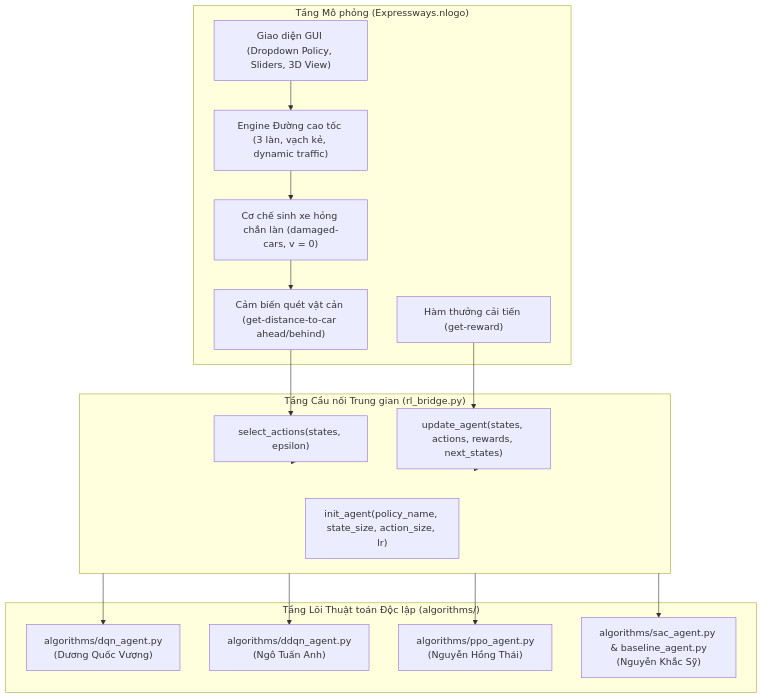
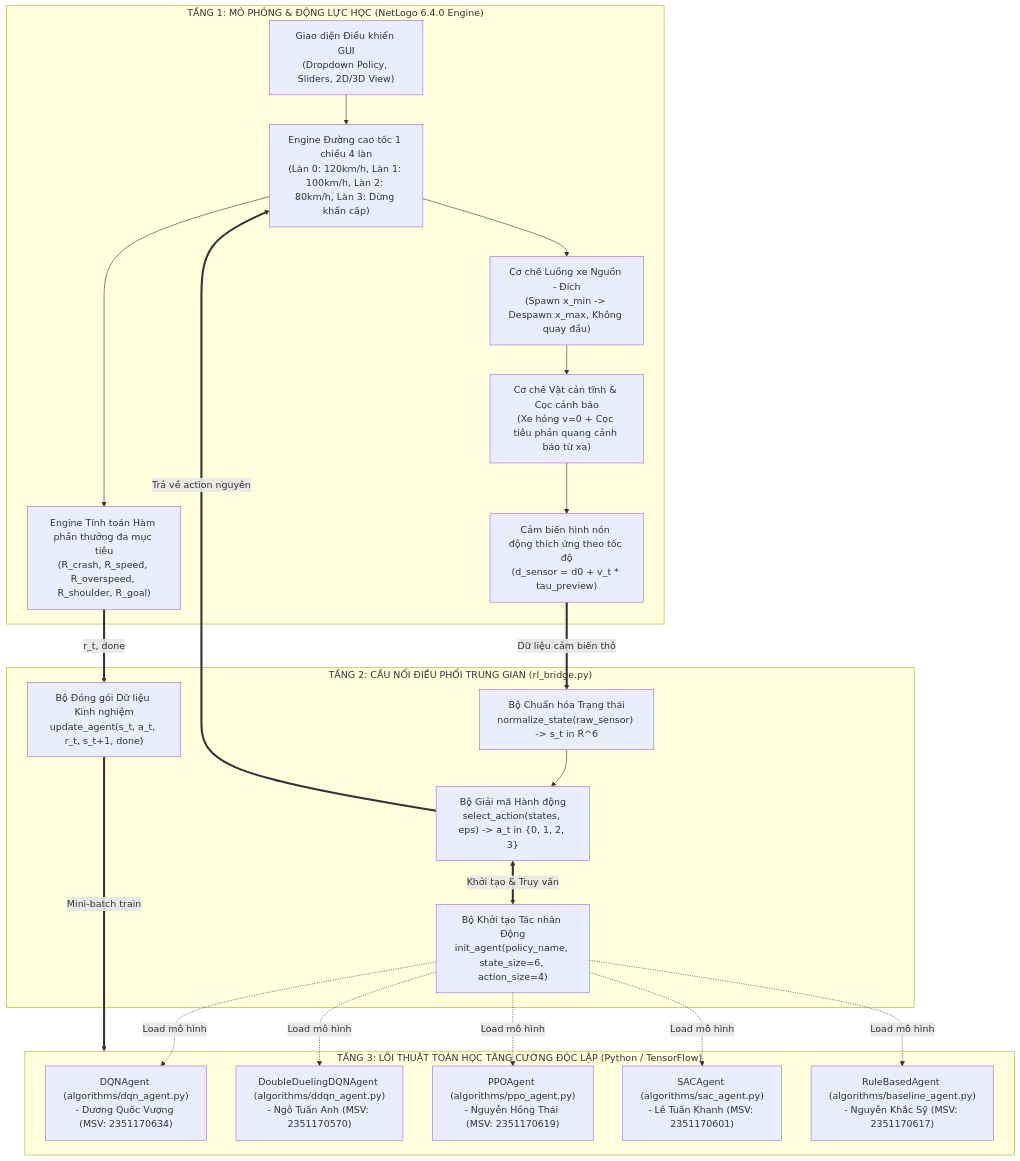
The tenth of 11 diagrams in BAO_CAO_TH2.md (VuongDuongg/Reinforcement-Learning), drawn with Mermaid before and after one commit. The commit also changed other lines of this file and 7 other files, not shown here.

````diff
--- a/BAO_CAO_TH2.md
+++ b/BAO_CAO_TH2.md
@@ -173,35 +431,46 @@
 ```mermaid
 graph TD
-    subgraph NetLogo_Simulation ["Tầng Mô phỏng (Expressways.nlogo)"]
-        GUI["Giao diện GUI (Dropdown Policy, Sliders, 3D View)"]
-        TrackEngine["Engine Đường cao tốc (3 làn, vạch kẻ, dynamic traffic)"]
-        ObstacleEngine["Cơ chế sinh xe hỏng chắn làn (damaged-cars, v = 0)"]
-        SensorEngine["Cảm biến quét vật cản (get-distance-to-car ahead/behind)"]
-        RewardCalc["Hàm thưởng cải tiến (get-reward)"]
+    subgraph Tier1_Simulation ["TẦNG 1: MÔ PHỎNG & ĐỘNG LỰC HỌC (NetLogo 6.4.0 Engine)"]
+        GUI["Giao diện Điều khiển GUI<br>(Dropdown Policy, Sliders, 2D/3D View)"]
+        HighwayCore["Engine Đường cao tốc 1 chiều 4 làn<br>(Làn 0: 120km/h, Làn 1: 100km/h, Làn 2: 80km/h, Làn 3: Dừng khẩn cấp)"]
+        SourceSink["Cơ chế Luồng xe Nguồn - Đích<br>(Spawn x_min -> Despawn x_max, Không quay đầu)"]
+        StaticHazard["Cơ chế Vật cản tĩnh & Cọc cảnh báo<br>(Xe hỏng v=0 + Cọc tiêu phản quang cảnh báo từ xa)"]
+        DynamicSensor["Cảm biến hình nón động thích ứng theo tốc độ<br>(d_sensor = d0 + v_t * tau_preview)"]
+        RewardEngine["Engine Tính toán Hàm phần thưởng đa mục tiêu<br>(R_crash, R_speed, R_overspeed, R_shoulder, R_goal)"]
     end
 
-    subgraph Bridge_Layer ["Tầng Cầu nối Trung gian (rl_bridge.py)"]
-        InitFn["init_agent(policy_name, state_size, action_size, lr)"]
-        ActionFn["select_actions(states, epsilon)"]
-        UpdateFn["update_agent(states, actions, rewards, next_states)"]
+    subgraph Tier2_Bridge ["TẦNG 2: CẦU NỐI ĐIỀU PHỐI TRUNG GIAN (rl_bridge.py)"]
+        ModelFactory["Bộ Khởi tạo Tác nhân Động<br>init_agent(policy_name, state_size=6, action_size=4)"]
+        StateNormalizer["Bộ Chuẩn hóa Trạng thái<br>normalize_state(raw_sensor) -> s_t in R^6"]
+        ActionDecoder["Bộ Giải mã Hành động<br>select_action(states, eps) -> a_t in {0, 1, 2, 3}"]
+        ExperiencePacker["Bộ Đóng gói Dữ liệu Kinh nghiệm<br>update_agent(s_t, a_t, r_t, s_t+1, done)"]
     end
 
-    subgraph Python_RL_Core ["Tầng Lõi Thuật toán Độc lập (algorithms/)"]
-        DQN["algorithms/dqn_agent.py\n(Dương Quốc Vượng)"]
-        DDQN["algorithms/ddqn_agent.py\n(Ngô Tuấn Anh)"]
-        PPO["algorithms/ppo_agent.py\n(Nguyễn Hồng Thái)"]
-        SAC_Baseline["algorithms/sac_agent.py & baseline_agent.py\n(Nguyễn Khắc Sỹ)"]
+    subgraph Tier3_RLCore ["TẦNG 3: LÕI THUẬT TOÁN HỌC TĂNG CƯỜNG ĐỘC LẬP (Python / TensorFlow)"]
+        DQN["DQNAgent (algorithms/dqn_agent.py)<br>- Dương Quốc Vượng (MSV: 2351170634)"]
+        DDQN["DoubleDuelingDQNAgent (algorithms/ddqn_agent.py)<br>- Ngô Tuấn Anh (MSV: 2351170570)"]
+        PPO["PPOAgent (algorithms/ppo_agent.py)<br>- Nguyễn Hồng Thái (MSV: 2351170619)"]
+        SAC["SACAgent (algorithms/sac_agent.py)<br>- Lê Tuấn Khanh (MSV: 2351170601)"]
+        Baseline["RuleBasedAgent (algorithms/baseline_agent.py)<br>- Nguyễn Khắc Sỹ (MSV: 2351170617)"]
     end
 
-    GUI --> TrackEngine
-    TrackEngine --> ObstacleEngine
-    ObstacleEngine --> SensorEngine
-    SensorEngine --> ActionFn
-    ActionFn --> Bridge_Layer
-    Bridge_Layer --> DQN
-    Bridge_Layer --> DDQN
-    Bridge_Layer --> PPO
-    Bridge_Layer --> SAC_Baseline
-    RewardCalc --> UpdateFn
-    UpdateFn --> Bridge_Layer
+    %% Luồng liên kết giữa các tầng
+    GUI --> HighwayCore
+    HighwayCore --> SourceSink
+    SourceSink --> StaticHazard
+    StaticHazard --> DynamicSensor
+    DynamicSensor ==>|Dữ liệu cảm biến thô| StateNormalizer
+    StateNormalizer --> ActionDecoder
+    ActionDecoder <==>|Khởi tạo & Truy vấn| ModelFactory
+
+    ModelFactory -.->|Load mô hình| DQN
+    ModelFactory -.->|Load mô hình| DDQN
+    ModelFactory -.->|Load mô hình| PPO
+    ModelFactory -.->|Load mô hình| SAC
+    ModelFactory -.->|Load mô hình| Baseline
+
+    ActionDecoder ==>|Trả về action nguyên| HighwayCore
+    HighwayCore --> RewardEngine
+    RewardEngine ==>|r_t, done| ExperiencePacker
+    ExperiencePacker ==>|Mini-batch train| Tier3_RLCore
 ```
````
